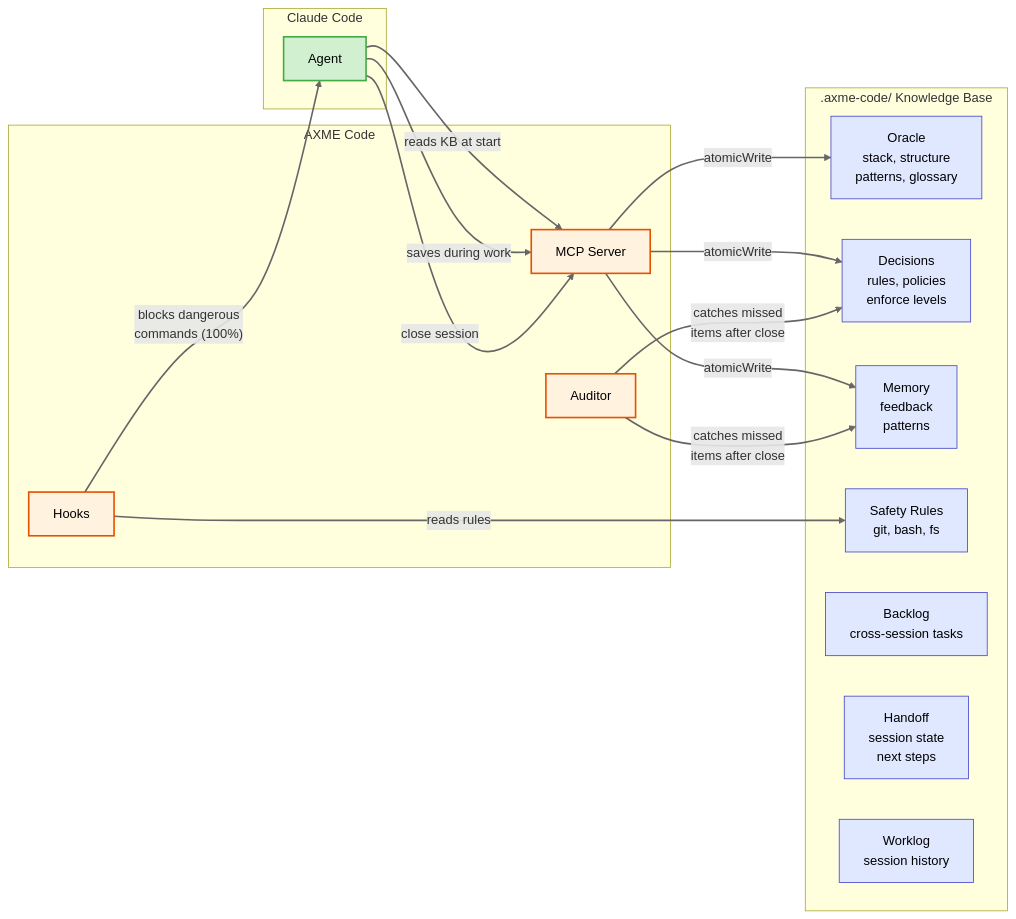
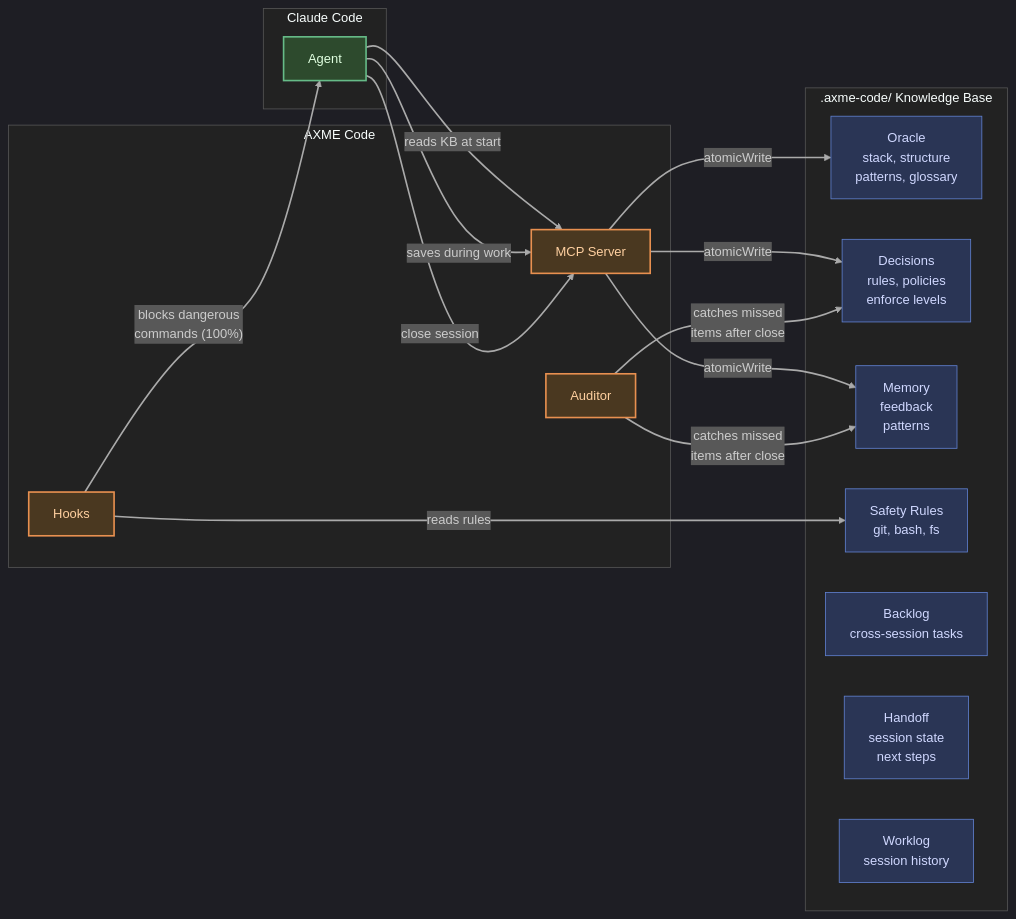
The diagram in docs/diagrams/axme-code-overview.mmd (AxmeAI/axme-code), drawn with Mermaid before and after one commit. The commit also changed 16 other files, not shown here.

```diff
--- a/docs/diagrams/axme-code-overview.mmd
+++ b/docs/diagrams/axme-code-overview.mmd
@@ -1,42 +1,43 @@
+%%{init: {'theme': 'dark', 'themeVariables': {'background': '#1a1a1a', 'primaryColor': '#2a2a2a', 'primaryBorderColor': '#555', 'primaryTextColor': '#e0e0e0', 'lineColor': '#888', 'secondaryColor': '#2a2a2a', 'tertiaryColor': '#1a1a1a', 'clusterBkg': '#222', 'clusterBorder': '#555'}}}%%
 graph LR
     subgraph CC["Claude Code"]
         A["Agent"]
     end
 
     subgraph AX["AXME Code"]
         MCP["MCP Server"]
         H["Hooks"]
         AU["Auditor"]
     end
 
     subgraph KB[".axme-code/ Knowledge Base"]
         O["Oracle\nstack, structure\npatterns, glossary"]
         D["Decisions\nrules, policies\nenforce levels"]
         M["Memory\nfeedback\npatterns"]
         S["Safety Rules\ngit, bash, fs"]
         BL["Backlog\ncross-session tasks"]
         HO["Handoff\nsession state\nnext steps"]
         W["Worklog\nsession history"]
     end
 
     A -->|"reads KB at start"| MCP
     A -->|"saves during work"| MCP
     A -->|"close session"| MCP
     MCP -->|"atomicWrite"| O
     MCP -->|"atomicWrite"| D
     MCP -->|"atomicWrite"| M
 
     H -->|"blocks dangerous\ncommands (100%)"| A
     H -->|"reads rules"| S
     AU -->|"catches missed\nitems after close"| D
     AU -->|"catches missed\nitems after close"| M
 
-    linkStyle default stroke:#666,stroke-width:2px
+    linkStyle default stroke:#aaa,stroke-width:2px
 
-    classDef agent fill:#d0f0d0,stroke:#4a4,stroke-width:2px,color:#000
-    classDef axme fill:#fff3e0,stroke:#e65100,stroke-width:2px,color:#000
-    classDef kb fill:#e0e8ff,stroke:#44c,stroke-width:1px,color:#000
+    classDef agent fill:#2d4a2d,stroke:#6b8,stroke-width:2px,color:#e0ffe0
+    classDef axme fill:#4a3820,stroke:#e89050,stroke-width:2px,color:#ffd0a0
+    classDef kb fill:#2a3555,stroke:#6080d0,stroke-width:1px,color:#d0d8ff
 
     class A agent
     class MCP,H,AU axme
     class O,D,M,S,BL,HO,W kb
```
